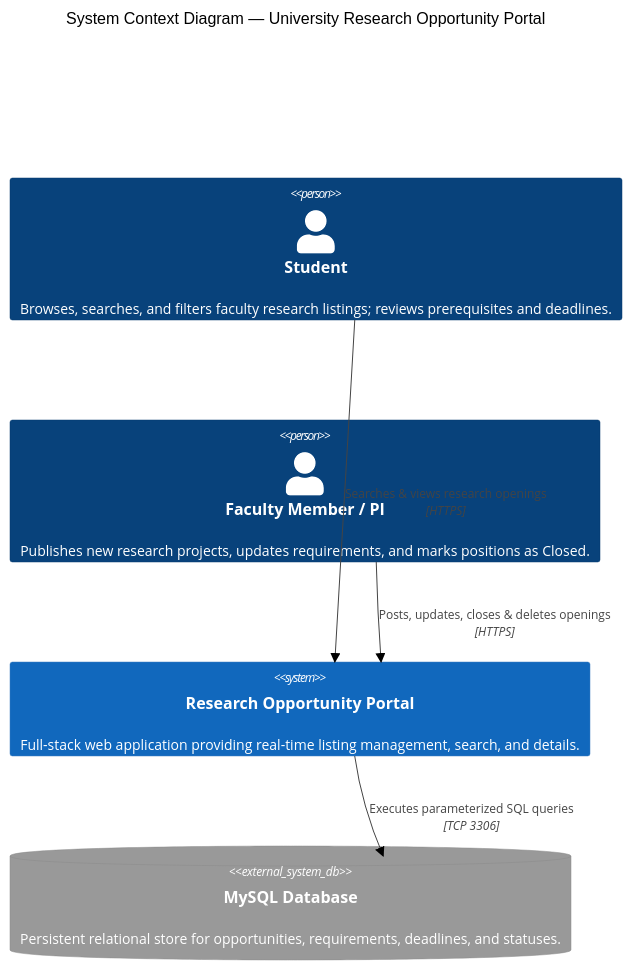
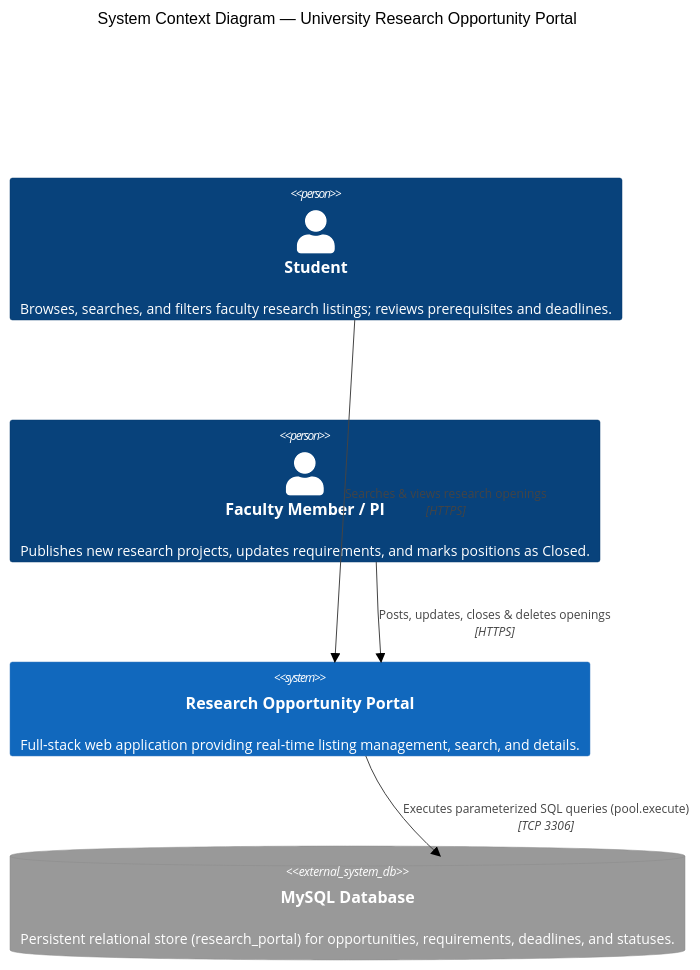
Before and after one commit to abdulmueezdev/research-opportunity-portal: the second of 9 diagrams in docs/ARCHITECTURE.md, drawn with Mermaid (neutral theme). The commit also changed other lines of this file, not shown here.

Commit message:
docs: add detailed architecture diagrams and system flow

````diff
--- a/docs/ARCHITECTURE.md
+++ b/docs/ARCHITECTURE.md
@@ -113,14 +129,14 @@
 ```mermaid
 C4Context
     title System Context Diagram — University Research Opportunity Portal
 
     Person(student, "Student", "Browses, searches, and filters faculty research listings; reviews prerequisites and deadlines.")
     Person(faculty, "Faculty Member / PI", "Publishes new research projects, updates requirements, and marks positions as Closed.")
     
     System(portal, "Research Opportunity Portal", "Full-stack web application providing real-time listing management, search, and details.")
-    SystemDb_Ext(mysql, "MySQL Database", "Persistent relational store for opportunities, requirements, deadlines, and statuses.")
+    SystemDb_Ext(mysql, "MySQL Database", "Persistent relational store (research_portal) for opportunities, requirements, deadlines, and statuses.")
 
     Rel(student, portal, "Searches & views research openings", "HTTPS")
     Rel(faculty, portal, "Posts, updates, closes & deletes openings", "HTTPS")
-    Rel(portal, mysql, "Executes parameterized SQL queries", "TCP 3306")
+    Rel(portal, mysql, "Executes parameterized SQL queries (pool.execute)", "TCP 3306")
 ```
````
